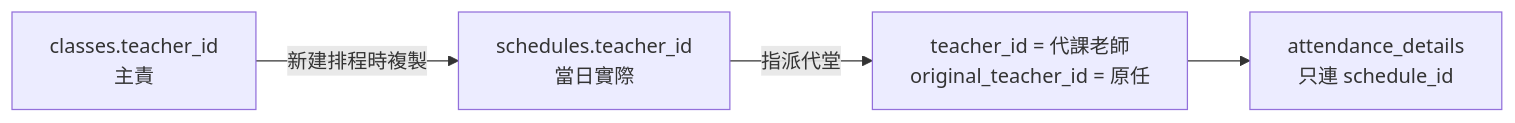
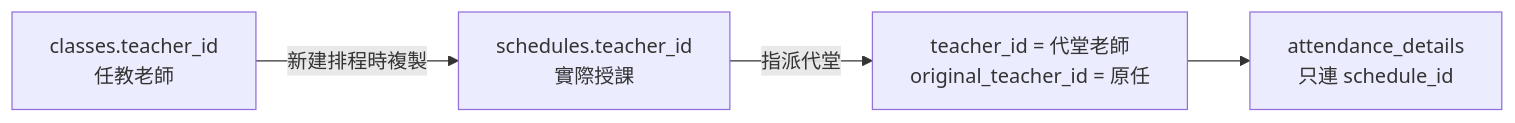
Before and after one commit to JudyBenPCChow/mainhope_system: the diagram in docs/policies/scheduling/SCHEDULE_SUBSTITUTE_TEACHER.md, drawn with Mermaid. The commit also changed other lines of this file and 84 other files, not shown here.

````diff
--- a/docs/policies/scheduling/SCHEDULE_SUBSTITUTE_TEACHER.md
+++ b/docs/policies/scheduling/SCHEDULE_SUBSTITUTE_TEACHER.md
@@ -29,6 +29,6 @@
 ```mermaid
 flowchart LR
-  C[classes.teacher_id<br/>主責] -->|新建排程時複製| S[schedules.teacher_id<br/>當日實際]
-  S -->|指派代堂| S2[teacher_id = 代課老師<br/>original_teacher_id = 原任]
+  C[classes.teacher_id<br/>任教老師] -->|新建排程時複製| S[schedules.teacher_id<br/>實際授課]
+  S -->|指派代堂| S2[teacher_id = 代堂老師<br/>original_teacher_id = 原任]
   S2 --> A[attendance_details<br/>只連 schedule_id]
 ```
````
